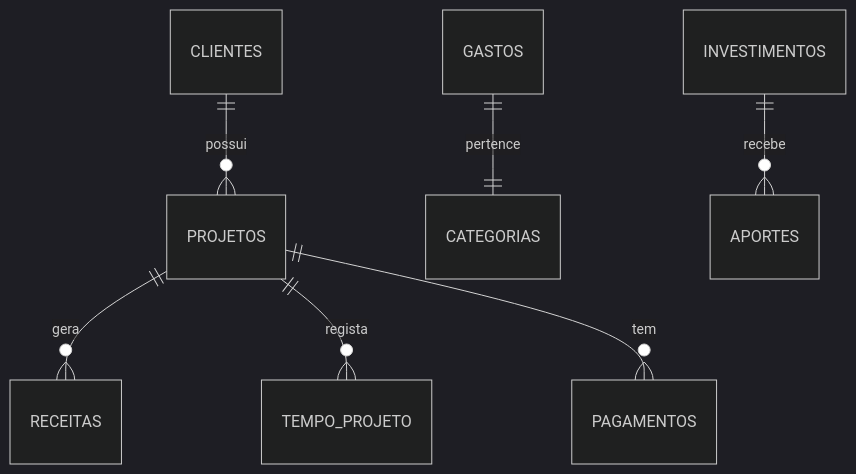
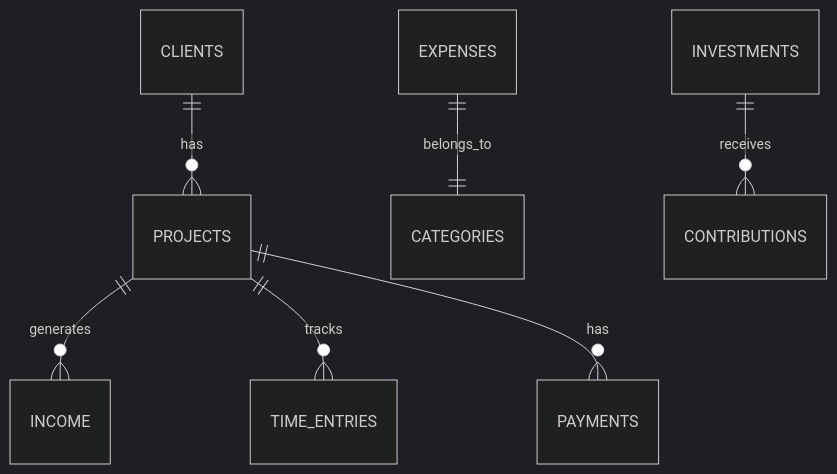
The third of 3 diagrams in README.md (mohamedsillahhh-cloud/DevFlow), drawn with Mermaid (dark theme) before and after one commit. The commit also changed other lines of this file, not shown here.

````diff
--- a/README.md
+++ b/README.md
@@ -149,9 +146,9 @@
 ```mermaid
 erDiagram
-    CLIENTES ||--o{ PROJETOS : possui
-    PROJETOS ||--o{ RECEITAS : gera
-    PROJETOS ||--o{ TEMPO_PROJETO : regista
-    PROJETOS ||--o{ PAGAMENTOS : tem
-    GASTOS ||--|| CATEGORIAS : pertence
-    INVESTIMENTOS ||--o{ APORTES : recebe
+    CLIENTS ||--o{ PROJECTS : has
+    PROJECTS ||--o{ INCOME : generates
+    PROJECTS ||--o{ TIME_ENTRIES : tracks
+    PROJECTS ||--o{ PAYMENTS : has
+    EXPENSES ||--|| CATEGORIES : belongs_to
+    INVESTMENTS ||--o{ CONTRIBUTIONS : receives
 ```
````
